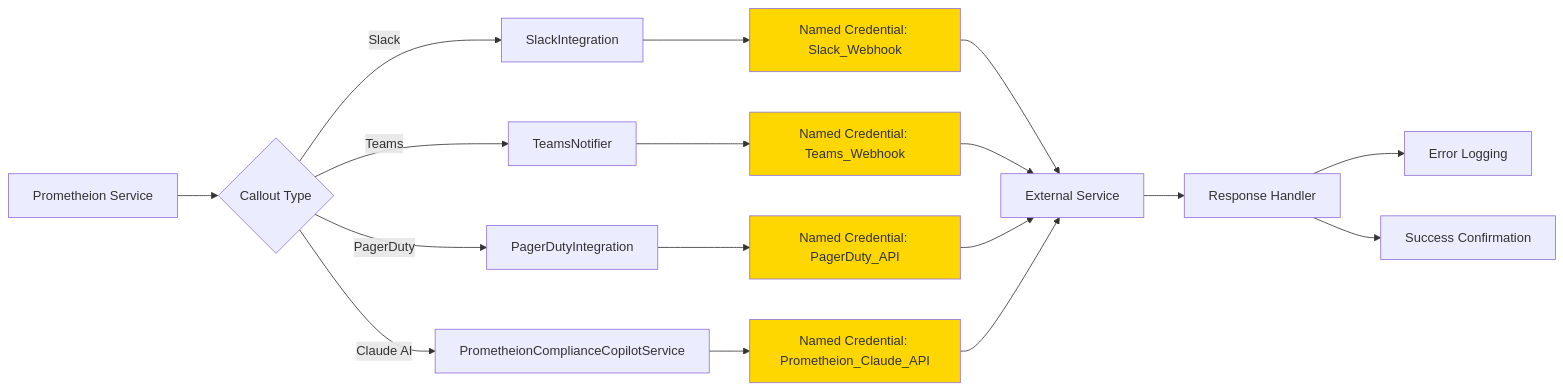
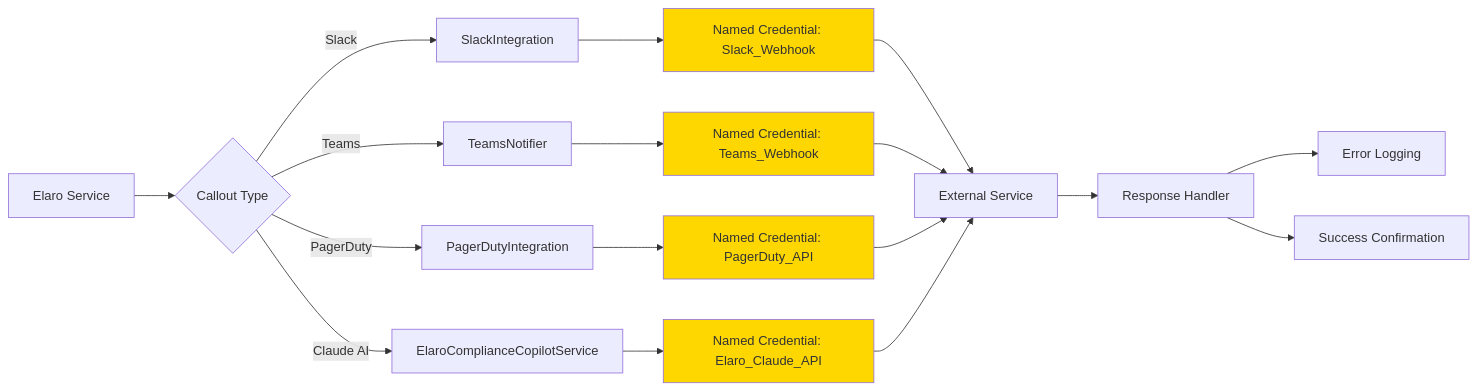
The third of 6 diagrams in docs/DATA_FLOWS.md (derickporter1993/Solentra---Prometheion), drawn with Mermaid before and after one commit. The commit also changed other lines of this file and 973 other files, not shown here.

First line of the commit message:
refactor: Rename Prometheion to Elaro across entire codebase

````diff
--- a/docs/DATA_FLOWS.md
+++ b/docs/DATA_FLOWS.md
@@ -89,27 +89,27 @@
 ```mermaid
 graph LR
-    A[Prometheion Service] --> B{Callout Type}
+    A[Elaro Service] --> B{Callout Type}
     B -->|Slack| C[SlackIntegration]
     B -->|Teams| D[TeamsNotifier]
     B -->|PagerDuty| E[PagerDutyIntegration]
-    B -->|Claude AI| F[PrometheionComplianceCopilotService]
+    B -->|Claude AI| F[ElaroComplianceCopilotService]
 
     C --> G[Named Credential: Slack_Webhook]
     D --> H[Named Credential: Teams_Webhook]
     E --> I[Named Credential: PagerDuty_API]
-    F --> J[Named Credential: Prometheion_Claude_API]
+    F --> J[Named Credential: Elaro_Claude_API]
 
     G --> K[External Service]
     H --> K
     I --> K
     J --> K
 
     K --> L[Response Handler]
     L --> M[Error Logging]
     L --> N[Success Confirmation]
 
     style G fill:#FFD700
     style H fill:#FFD700
     style I fill:#FFD700
     style J fill:#FFD700
 ```
````
